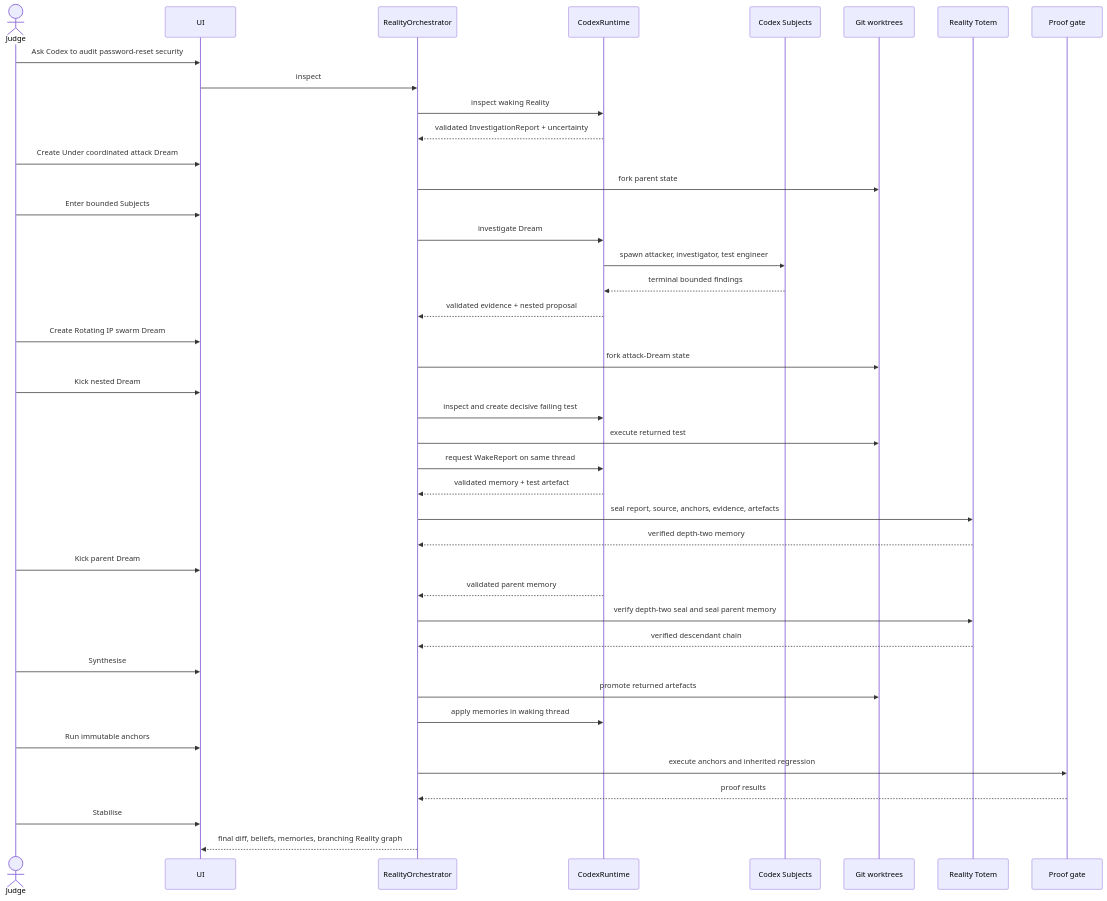
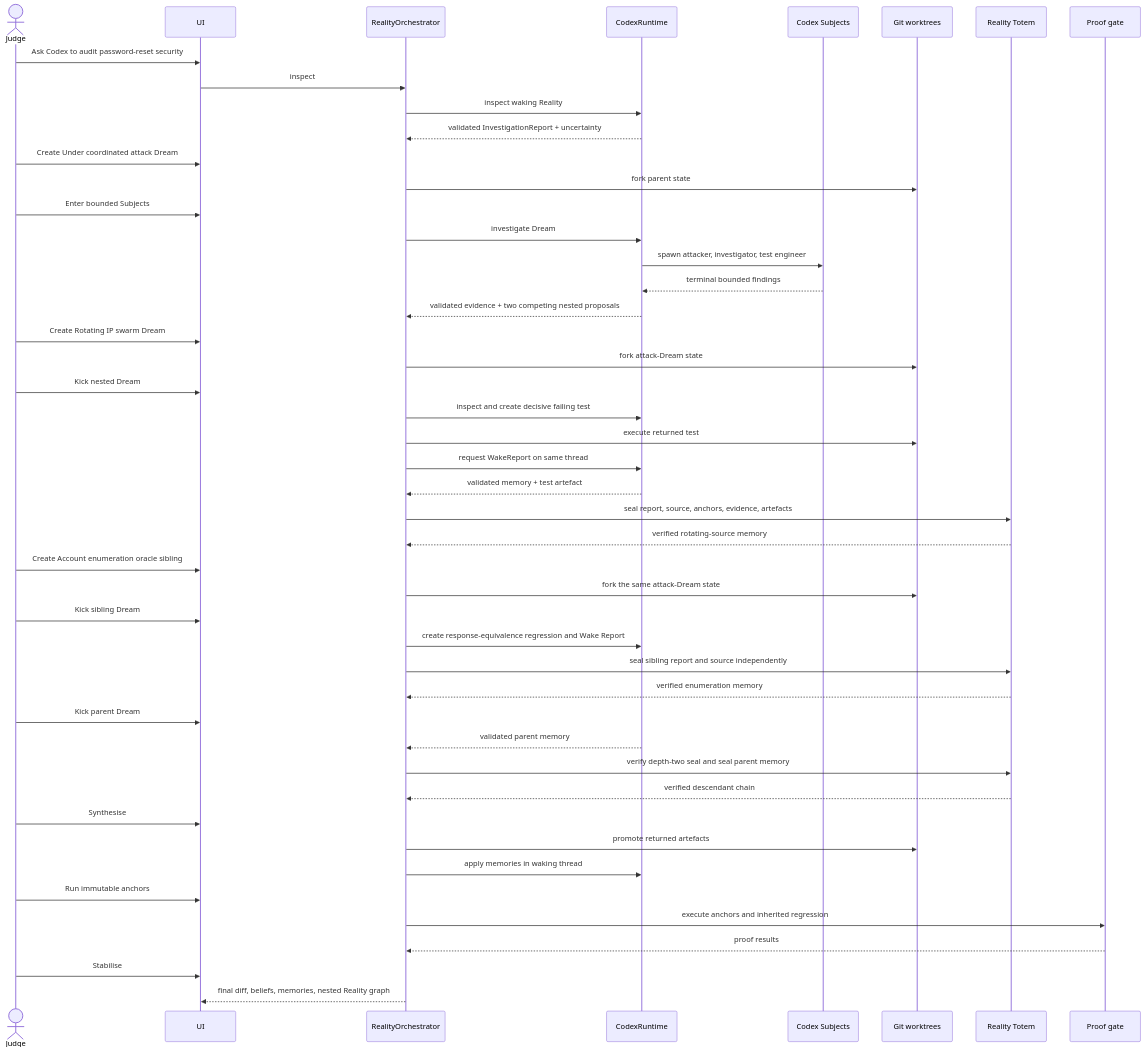
Before and after one commit to alangunning/inception-reality-engine: the first of 6 diagrams in docs/RUNTIME_FLOWS.md, drawn with Mermaid. The commit also changed other lines of this file and 28 other files, not shown here.

Commit message:
feat: branch demo realities and harden memory evidence

````diff
--- a/docs/RUNTIME_FLOWS.md
+++ b/docs/RUNTIME_FLOWS.md
@@ -9,44 +9,50 @@
 ```mermaid
 sequenceDiagram
   actor Judge
   participant UI
   participant O as RealityOrchestrator
   participant C as CodexRuntime
   participant S as Codex Subjects
   participant G as Git worktrees
   participant T as Reality Totem
   participant P as Proof gate
 
   Judge->>UI: Ask Codex to audit password-reset security
   UI->>O: inspect
   O->>C: inspect waking Reality
   C-->>O: validated InvestigationReport + uncertainty
   Judge->>UI: Create Under coordinated attack Dream
   O->>G: fork parent state
   Judge->>UI: Enter bounded Subjects
   O->>C: investigate Dream
   C->>S: spawn attacker, investigator, test engineer
   S-->>C: terminal bounded findings
-  C-->>O: validated evidence + nested proposal
+  C-->>O: validated evidence + two competing nested proposals
   Judge->>UI: Create Rotating IP swarm Dream
   O->>G: fork attack-Dream state
   Judge->>UI: Kick nested Dream
   O->>C: inspect and create decisive failing test
   O->>G: execute returned test
   O->>C: request WakeReport on same thread
   C-->>O: validated memory + test artefact
   O->>T: seal report, source, anchors, evidence, artefacts
-  T-->>O: verified depth-two memory
+  T-->>O: verified rotating-source memory
+  Judge->>UI: Create Account enumeration oracle sibling
+  O->>G: fork the same attack-Dream state
+  Judge->>UI: Kick sibling Dream
+  O->>C: create response-equivalence regression and Wake Report
+  O->>T: seal sibling report and source independently
+  T-->>O: verified enumeration memory
   Judge->>UI: Kick parent Dream
   C-->>O: validated parent memory
   O->>T: verify depth-two seal and seal parent memory
   T-->>O: verified descendant chain
   Judge->>UI: Synthesise
   O->>G: promote returned artefacts
   O->>C: apply memories in waking thread
   Judge->>UI: Run immutable anchors
   O->>P: execute anchors and inherited regression
   P-->>O: proof results
   Judge->>UI: Stabilise
-  O-->>UI: final diff, beliefs, memories, branching Reality graph
+  O-->>UI: final diff, beliefs, memories, nested Reality graph
 ```
````
